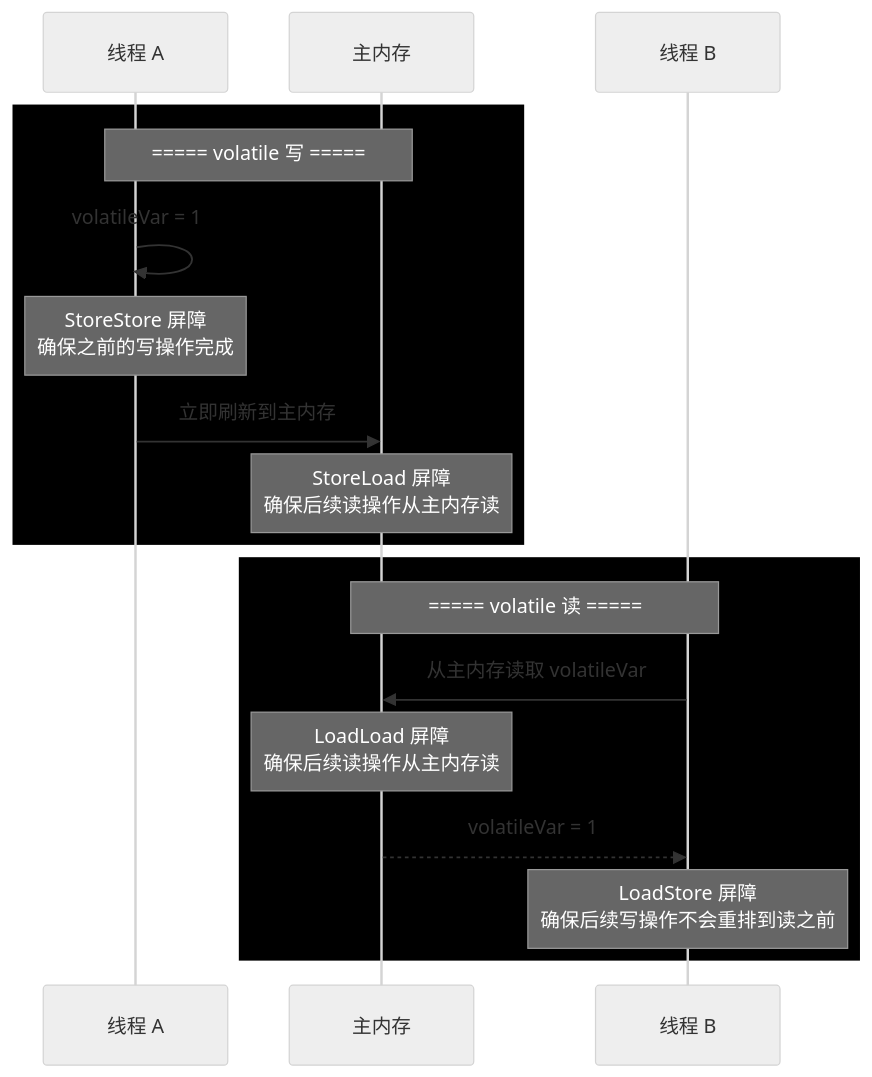
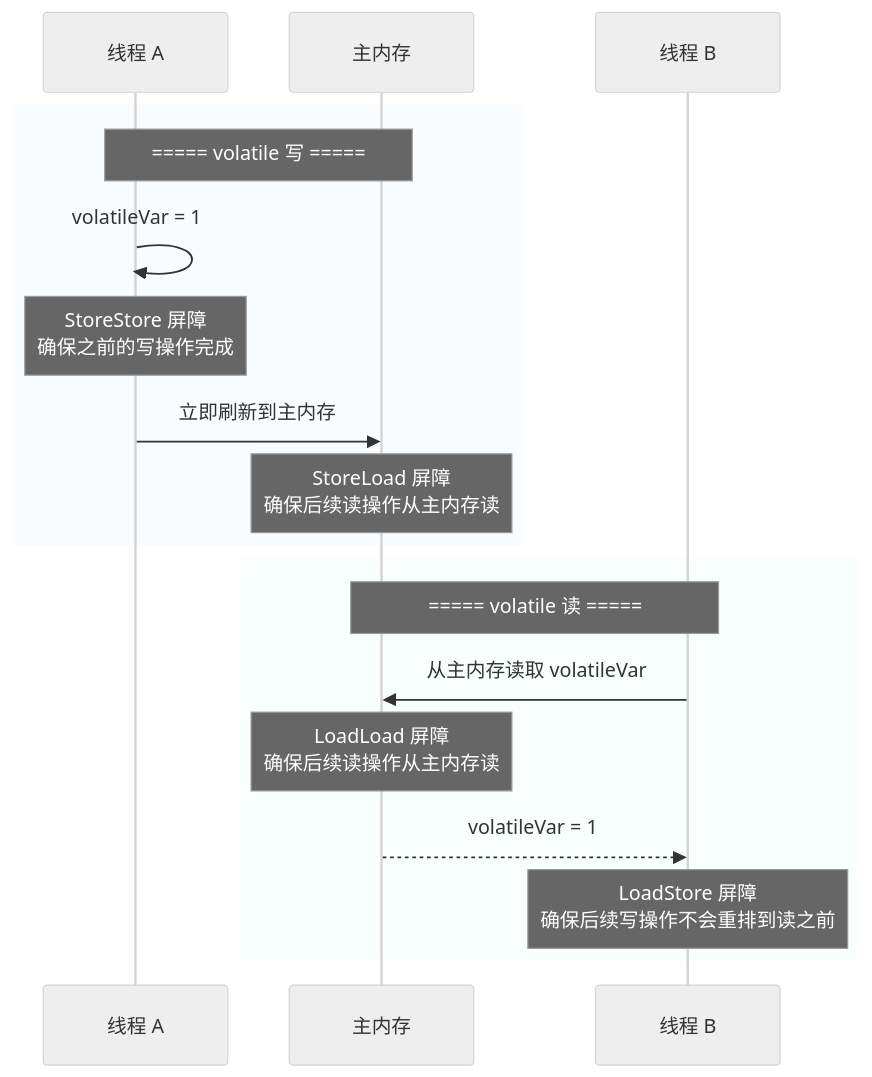
Before and after one commit to AH23333/Blog: diagram 46 of 51 in src/content/philes/volume-1/Java-Backend/JVM深度解析.md, drawn with Mermaid (neutral theme). The commit also changed other lines of this file and 17 other files, not shown here.

Commit message:
修复所有已知bug（mermaid渲染、表格识别），添加错误总结经验，暂时保留测试文件，准备考虑优化性能与重构

````diff
--- a/src/content/philes/volume-1/Java-Backend/JVM深度解析.md
+++ b/src/content/philes/volume-1/Java-Backend/JVM深度解析.md
@@ -2281,22 +2286,22 @@
 ```mermaid
 sequenceDiagram
     participant THREAD_A as 线程 A
     participant MAIN_MEM as 主内存
     participant THREAD_B as 线程 B
 
-    rect rgba【240， 248， 255， 0.4】
+    rect rgba(240, 248, 255, 0.4)
     Note over THREAD_A,MAIN_MEM: ===== volatile 写 =====
     THREAD_A->>THREAD_A: volatileVar = 1
     Note over THREAD_A: StoreStore 屏障<br/>确保之前的写操作完成
     THREAD_A->>MAIN_MEM: 立即刷新到主内存
     Note over MAIN_MEM: StoreLoad 屏障<br/>确保后续读操作从主内存读
     end
 
-    rect rgba【240， 255， 248， 0.4】
+    rect rgba(240, 255, 248, 0.4)
     Note over MAIN_MEM,THREAD_B: ===== volatile 读 =====
     THREAD_B->>MAIN_MEM: 从主内存读取 volatileVar
     Note over MAIN_MEM: LoadLoad 屏障<br/>确保后续读操作从主内存读
     MAIN_MEM-->>THREAD_B: volatileVar = 1
     Note over THREAD_B: LoadStore 屏障<br/>确保后续写操作不会重排到读之前
     end
 ```
````
